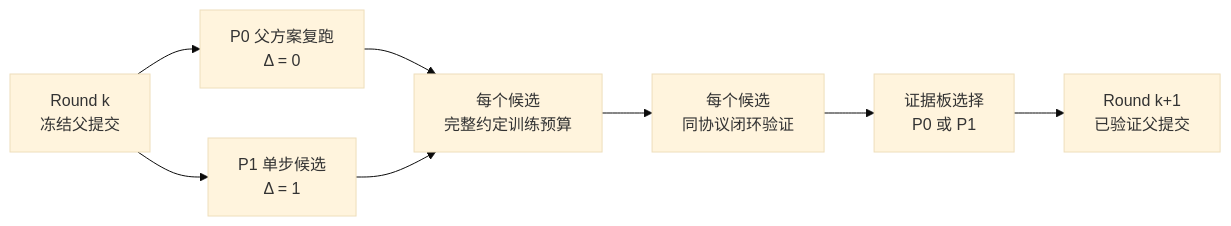
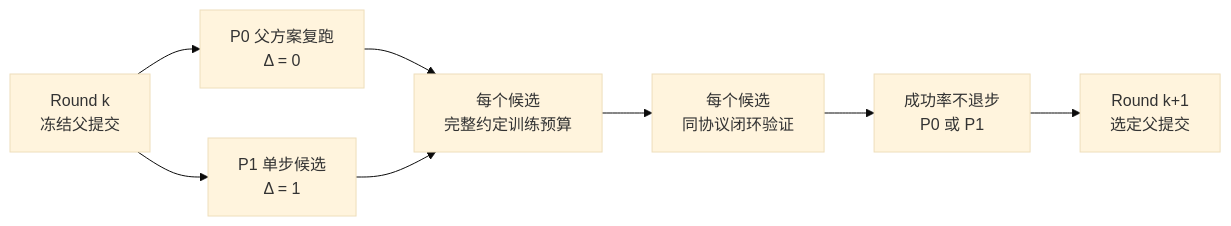
The second of 2 diagrams in docs/plans/20260725_P1_MULTI_ROBOT_MODEL_ARCHITECTURE_ACTION_GENERATION_ROADMAP_V2.0_ZH.md (Jeong-zju/before-we-act), drawn with Mermaid (base theme) before and after one commit. The commit also changed other lines of this file and 2 other files, not shown here.

````diff
--- a/docs/plans/20260725_P1_MULTI_ROBOT_MODEL_ARCHITECTURE_ACTION_GENERATION_ROADMAP_V2.0_ZH.md
+++ b/docs/plans/20260725_P1_MULTI_ROBOT_MODEL_ARCHITECTURE_ACTION_GENERATION_ROADMAP_V2.0_ZH.md
@@ -193,14 +189,14 @@
 ```mermaid
 flowchart LR
     P["Round k<br/>冻结父提交"]
     P0["P0 父方案复跑<br/>Δ = 0"]
     P1["P1 单步候选<br/>Δ = 1"]
     T["每个候选<br/>完整约定训练预算"]
     E["每个候选<br/>同协议闭环验证"]
-    S["证据板选择<br/>P0 或 P1"]
-    N["Round k+1<br/>已验证父提交"]
+    S["成功率不退步<br/>P0 或 P1"]
+    N["Round k+1<br/>选定父提交"]
 
     P --> P0 --> T
     P --> P1 --> T
     T --> E --> S --> N
 ```
````
